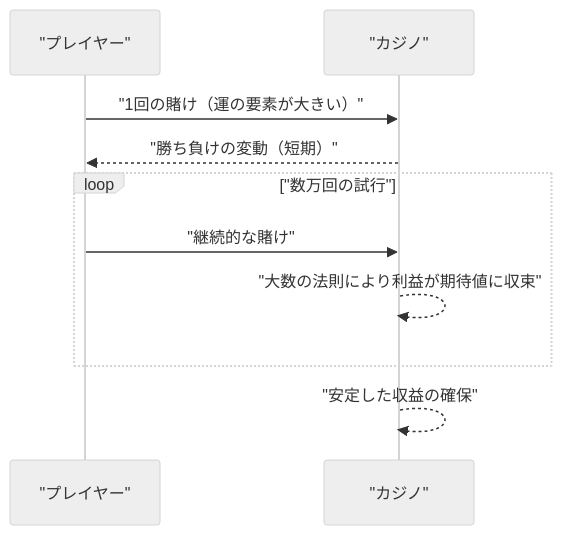
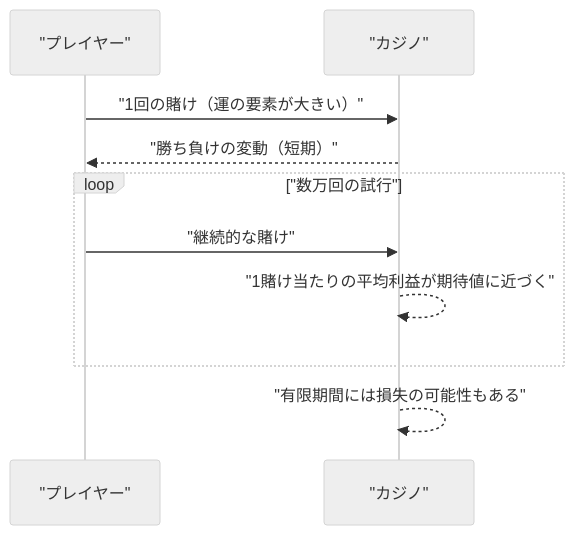
The second of 2 diagrams in content/post/law-of-large-numbers/index.md (kenjinote/blog), drawn with Mermaid (neutral theme) before and after one commit. The commit also changed other lines of this file and 12 other files, not shown here.

````diff
--- a/content/post/law-of-large-numbers/index.md
+++ b/content/post/law-of-large-numbers/index.md
@@ -53,12 +53,12 @@
 ```mermaid
 sequenceDiagram
     participant P as "プレイヤー"
     participant C as "カジノ"
     P->>C: "1回の賭け（運の要素が大きい）"
     C-->>P: "勝ち負けの変動（短期）"
     loop "数万回の試行"
         P->>C: "継続的な賭け"
-        C-->>C: "大数の法則により利益が期待値に収束"
+        C-->>C: "1賭け当たりの平均利益が期待値に近づく"
     end
-    C-->>C: "安定した収益の確保"
+    C-->>C: "有限期間には損失の可能性もある"
 ```
````
